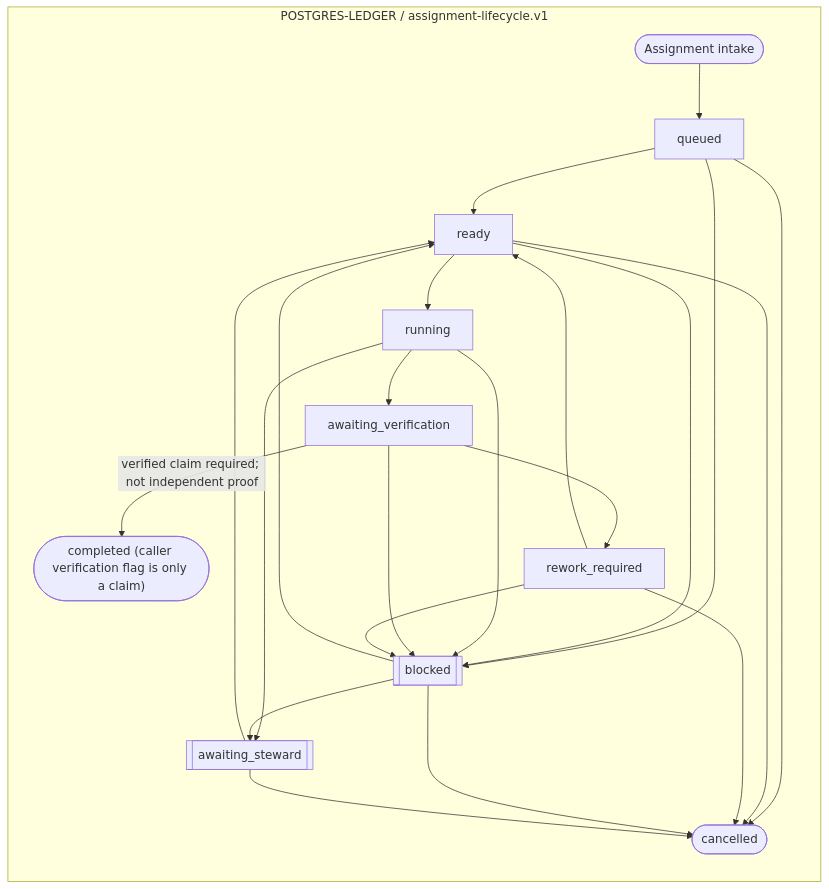
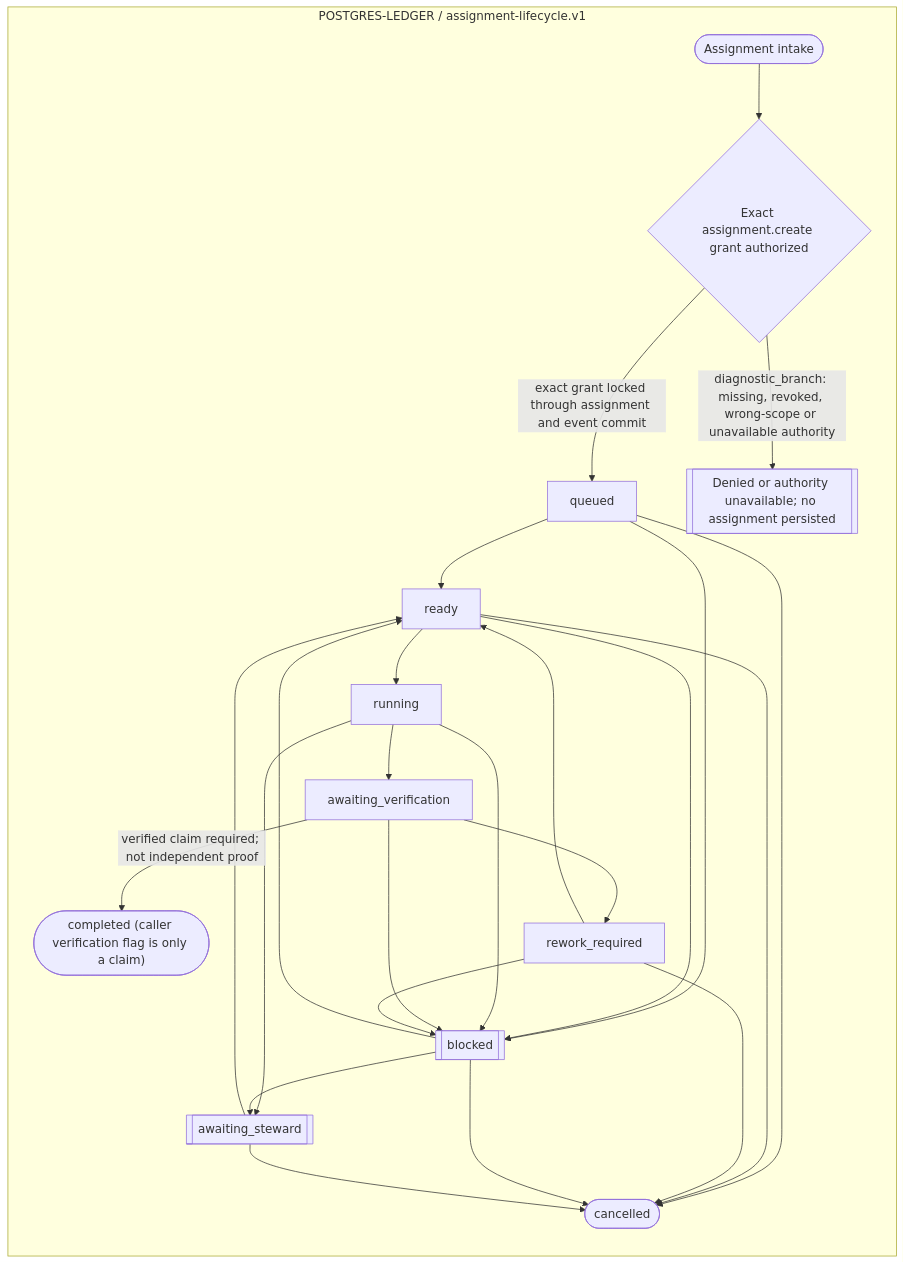
One commit to ppow1/Riverview- changed the second of 2 diagrams in docs/components/POSTGRES_LEDGER_FLOW.md. Above: the diagram before and after it, drawn with Mermaid. The commit also changed 21 other files, not shown here.

Commit message:
Add grant-gated assignment intake boundary

````diff
--- a/docs/components/POSTGRES_LEDGER_FLOW.md
+++ b/docs/components/POSTGRES_LEDGER_FLOW.md
@@ -78,37 +78,41 @@
 ```mermaid
 flowchart LR
   subgraph g_rv_postgres_ledger_assignment_lifecycle["POSTGRES-LEDGER / assignment-lifecycle.v1"]
     g_rv_postgres_ledger_assignment_lifecycle_intake_c1d0abf1(["Assignment intake"])
+    g_rv_postgres_ledger_assignment_lifecycle_assignment_create_authority_6a12b540{"Exact assignment.create grant authorized"}
+    g_rv_postgres_ledger_assignment_lifecycle_assignment_create_denied_313388c8[["Denied or authority unavailable; no assignment persisted"]]
     g_rv_postgres_ledger_assignment_lifecycle_queued_76a5fc02["queued"]
     g_rv_postgres_ledger_assignment_lifecycle_ready_acdb1cd3["ready"]
     g_rv_postgres_ledger_assignment_lifecycle_running_f1fef545["running"]
     g_rv_postgres_ledger_assignment_lifecycle_awaiting_verification_e3cbd8a1["awaiting_verification"]
     g_rv_postgres_ledger_assignment_lifecycle_rework_a5e9f864["rework_required"]
     g_rv_postgres_ledger_assignment_lifecycle_blocked_aab5861d[["blocked"]]
     g_rv_postgres_ledger_assignment_lifecycle_awaiting_steward_96976db9[["awaiting_steward"]]
     g_rv_postgres_ledger_assignment_lifecycle_completed_ce6019ed(["completed (caller verification flag is only a claim)"])
     g_rv_postgres_ledger_assignment_lifecycle_cancelled_d91a0270(["cancelled"])
   end
-  g_rv_postgres_ledger_assignment_lifecycle_intake_c1d0abf1 --> g_rv_postgres_ledger_assignment_lifecycle_queued_76a5fc02
   g_rv_postgres_ledger_assignment_lifecycle_queued_76a5fc02 --> g_rv_postgres_ledger_assignment_lifecycle_ready_acdb1cd3
   g_rv_postgres_ledger_assignment_lifecycle_queued_76a5fc02 --> g_rv_postgres_ledger_assignment_lifecycle_blocked_aab5861d
   g_rv_postgres_ledger_assignment_lifecycle_queued_76a5fc02 --> g_rv_postgres_ledger_assignment_lifecycle_cancelled_d91a0270
   g_rv_postgres_ledger_assignment_lifecycle_ready_acdb1cd3 --> g_rv_postgres_ledger_assignment_lifecycle_running_f1fef545
   g_rv_postgres_ledger_assignment_lifecycle_ready_acdb1cd3 --> g_rv_postgres_ledger_assignment_lifecycle_blocked_aab5861d
   g_rv_postgres_ledger_assignment_lifecycle_ready_acdb1cd3 --> g_rv_postgres_ledger_assignment_lifecycle_cancelled_d91a0270
   g_rv_postgres_ledger_assignment_lifecycle_running_f1fef545 --> g_rv_postgres_ledger_assignment_lifecycle_awaiting_verification_e3cbd8a1
   g_rv_postgres_ledger_assignment_lifecycle_running_f1fef545 --> g_rv_postgres_ledger_assignment_lifecycle_blocked_aab5861d
   g_rv_postgres_ledger_assignment_lifecycle_running_f1fef545 --> g_rv_postgres_ledger_assignment_lifecycle_awaiting_steward_96976db9
   g_rv_postgres_ledger_assignment_lifecycle_awaiting_verification_e3cbd8a1 -->|verified claim required; not independent proof| g_rv_postgres_ledger_assignment_lifecycle_completed_ce6019ed
   g_rv_postgres_ledger_assignment_lifecycle_awaiting_verification_e3cbd8a1 --> g_rv_postgres_ledger_assignment_lifecycle_rework_a5e9f864
   g_rv_postgres_ledger_assignment_lifecycle_awaiting_verification_e3cbd8a1 --> g_rv_postgres_ledger_assignment_lifecycle_blocked_aab5861d
   g_rv_postgres_ledger_assignment_lifecycle_rework_a5e9f864 --> g_rv_postgres_ledger_assignment_lifecycle_ready_acdb1cd3
   g_rv_postgres_ledger_assignment_lifecycle_rework_a5e9f864 --> g_rv_postgres_ledger_assignment_lifecycle_blocked_aab5861d
   g_rv_postgres_ledger_assignment_lifecycle_rework_a5e9f864 --> g_rv_postgres_ledger_assignment_lifecycle_cancelled_d91a0270
   g_rv_postgres_ledger_assignment_lifecycle_blocked_aab5861d --> g_rv_postgres_ledger_assignment_lifecycle_ready_acdb1cd3
   g_rv_postgres_ledger_assignment_lifecycle_blocked_aab5861d --> g_rv_postgres_ledger_assignment_lifecycle_cancelled_d91a0270
   g_rv_postgres_ledger_assignment_lifecycle_blocked_aab5861d --> g_rv_postgres_ledger_assignment_lifecycle_awaiting_steward_96976db9
   g_rv_postgres_ledger_assignment_lifecycle_awaiting_steward_96976db9 --> g_rv_postgres_ledger_assignment_lifecycle_ready_acdb1cd3
   g_rv_postgres_ledger_assignment_lifecycle_awaiting_steward_96976db9 --> g_rv_postgres_ledger_assignment_lifecycle_cancelled_d91a0270
+  g_rv_postgres_ledger_assignment_lifecycle_intake_c1d0abf1 --> g_rv_postgres_ledger_assignment_lifecycle_assignment_create_authority_6a12b540
+  g_rv_postgres_ledger_assignment_lifecycle_assignment_create_authority_6a12b540 -->|exact grant locked through assignment and event commit| g_rv_postgres_ledger_assignment_lifecycle_queued_76a5fc02
+  g_rv_postgres_ledger_assignment_lifecycle_assignment_create_authority_6a12b540 -->|diagnostic_branch: missing, revoked, wrong-scope or unavailable authority| g_rv_postgres_ledger_assignment_lifecycle_assignment_create_denied_313388c8
   classDef failure fill:#fee,stroke:#b00,stroke-width:2px
 ```
````
